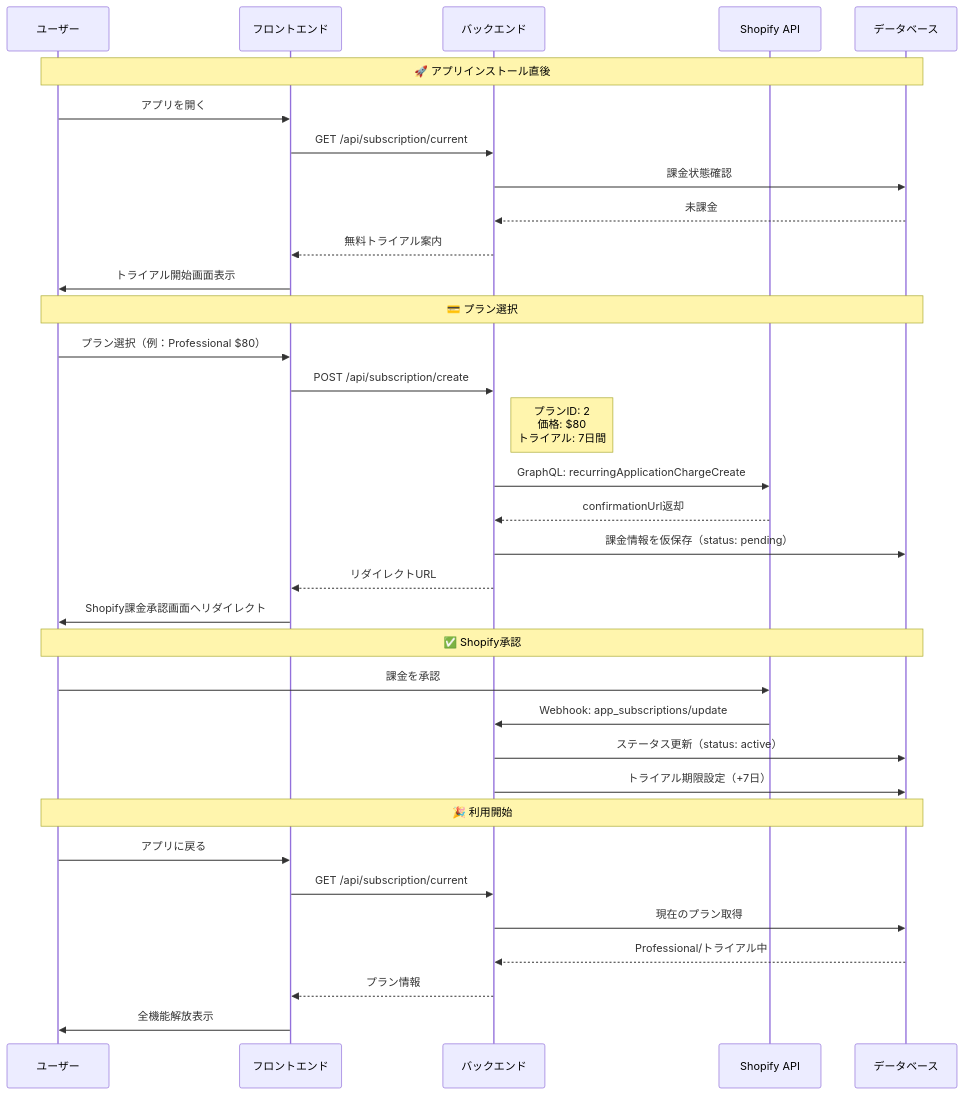
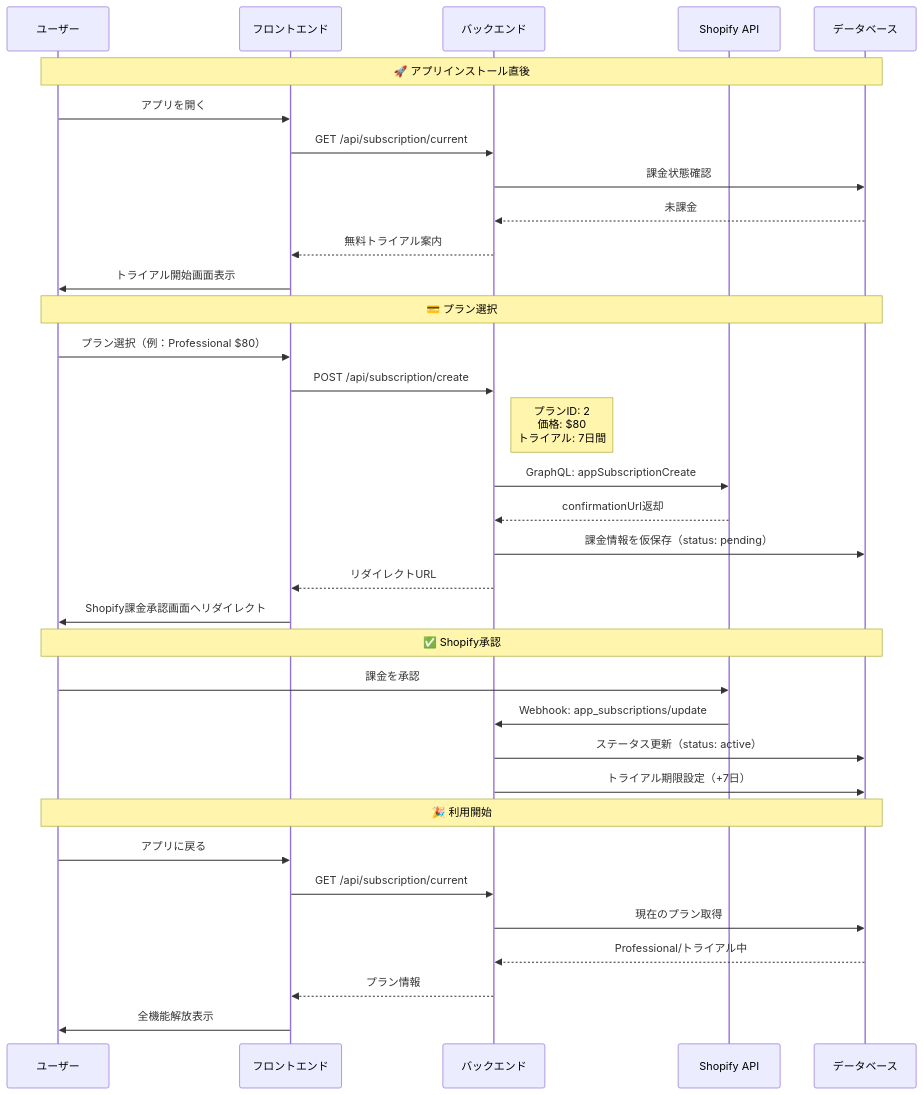
Before and after one commit to sideworks-fuk/shopify-ai-marketing-suite: the second of 10 diagrams in docs/06-shopify/02-課金システム/02-技術仕様/フロー図解.md, drawn with Mermaid. The commit also changed other lines of this file and 47 other files, not shown here.

````diff
--- a/docs/06-shopify/02-課金システム/02-技術仕様/フロー図解.md
+++ b/docs/06-shopify/02-課金システム/02-技術仕様/フロー図解.md
@@ -48,45 +48,45 @@
 ```mermaid
 sequenceDiagram
     participant U as ユーザー
     participant F as フロントエンド
     participant B as バックエンド
     participant S as Shopify API
     participant D as データベース
     
     Note over U,D: 🚀 アプリインストール直後
     
     U->>F: アプリを開く
     F->>B: GET /api/subscription/current
     B->>D: 課金状態確認
     D-->>B: 未課金
     B-->>F: 無料トライアル案内
     F->>U: トライアル開始画面表示
     
     Note over U,D: 💳 プラン選択
     
     U->>F: プラン選択（例：Professional $80）
     F->>B: POST /api/subscription/create
     Note right of B: プランID: 2<br/>価格: $80<br/>トライアル: 7日間
     
-    B->>S: GraphQL: recurringApplicationChargeCreate
+    B->>S: GraphQL: appSubscriptionCreate
     S-->>B: confirmationUrl返却
     B->>D: 課金情報を仮保存（status: pending）
     B-->>F: リダイレクトURL
     F->>U: Shopify課金承認画面へリダイレクト
     
     Note over U,D: ✅ Shopify承認
     
     U->>S: 課金を承認
     S->>B: Webhook: app_subscriptions/update
     B->>D: ステータス更新（status: active）
     B->>D: トライアル期限設定（+7日）
     
     Note over U,D: 🎉 利用開始
     
     U->>F: アプリに戻る
     F->>B: GET /api/subscription/current
     B->>D: 現在のプラン取得
     D-->>B: Professional/トライアル中
     B-->>F: プラン情報
     F->>U: 全機能解放表示
 ```
````
